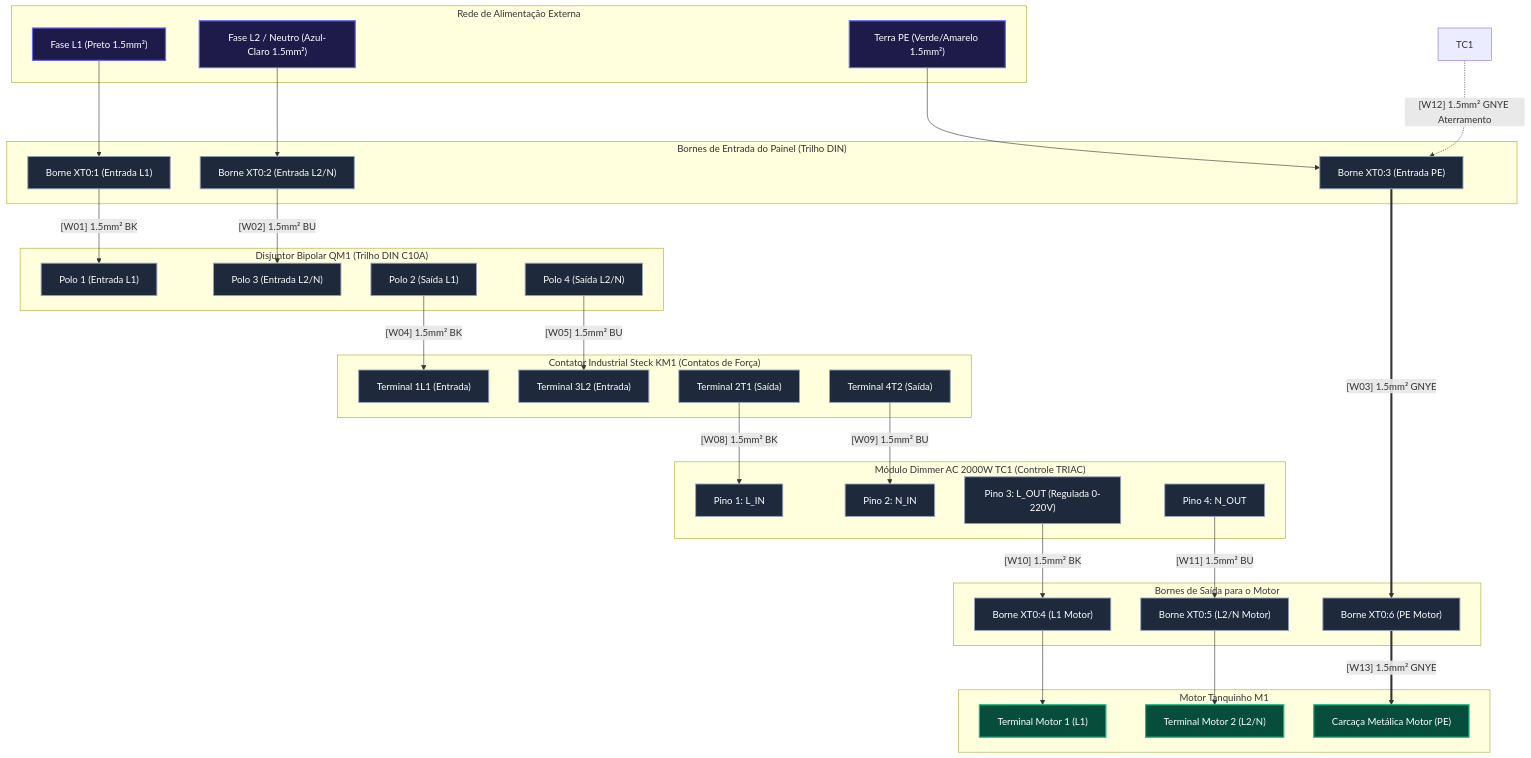
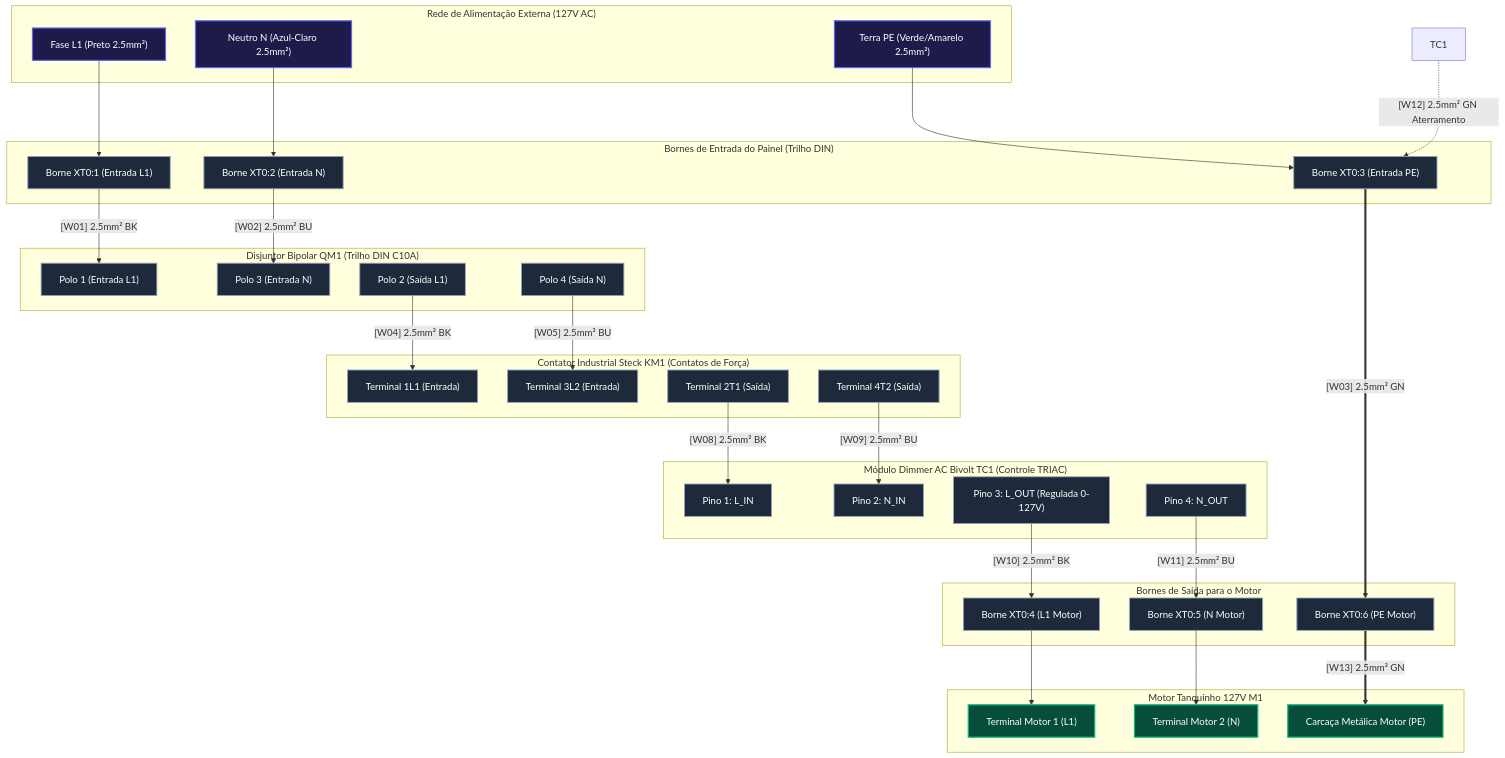
The third of 5 diagrams in docs/iot/DIAGRAMAS_ELETRICOS_UNIFILAR_MULTIFILAR.md (Andre-Macedo/amemiya), drawn with Mermaid before and after one commit. The commit also changed other lines of this file and 48 other files, not shown here.

Commit message:
docs(tcc): add ADRs 004-008, offline HTML renderer, V2 schematic alignment, and remove SCT-013/INMP441

````diff
--- a/docs/iot/DIAGRAMAS_ELETRICOS_UNIFILAR_MULTIFILAR.md
+++ b/docs/iot/DIAGRAMAS_ELETRICOS_UNIFILAR_MULTIFILAR.md
@@ -82,68 +81,68 @@
 ```mermaid
 flowchart TD
     classDef ac fill:#1e1b4b,stroke:#6366f1,stroke-width:2px,color:#fff;
     classDef sw fill:#1e293b,stroke:#94a3b8,stroke-width:1.5px,color:#fff;
     classDef motor fill:#064e3b,stroke:#10b981,stroke-width:2px,color:#fff;
 
-    subgraph REDE_220V["Rede de Alimentação Externa"]
-        L_IN["Fase L1 (Preto 1.5mm²)"]:::ac
-        N_IN["Fase L2 / Neutro (Azul-Claro 1.5mm²)"]:::ac
-        PE_IN["Terra PE (Verde/Amarelo 1.5mm²)"]:::ac
+    subgraph REDE_127V["Rede de Alimentação Externa (127V AC)"]
+        L_IN["Fase L1 (Preto 2.5mm²)"]:::ac
+        N_IN["Neutro N (Azul-Claro 2.5mm²)"]:::ac
+        PE_IN["Terra PE (Verde/Amarelo 2.5mm²)"]:::ac
     end
 
     subgraph BORNES_ENTRADA["Bornes de Entrada do Painel (Trilho DIN)"]
         XT0_1["Borne XT0:1 (Entrada L1)"]:::sw
-        XT0_2["Borne XT0:2 (Entrada L2/N)"]:::sw
+        XT0_2["Borne XT0:2 (Entrada N)"]:::sw
         XT0_3["Borne XT0:3 (Entrada PE)"]:::sw
     end
 
     subgraph DISJUNTOR_QM1["Disjuntor Bipolar QM1 (Trilho DIN C10A)"]
         QM1_1["Polo 1 (Entrada L1)"]:::sw
-        QM1_3["Polo 3 (Entrada L2/N)"]:::sw
+        QM1_3["Polo 3 (Entrada N)"]:::sw
         QM1_2["Polo 2 (Saída L1)"]:::sw
-        QM1_4["Polo 4 (Saída L2/N)"]:::sw
+        QM1_4["Polo 4 (Saída N)"]:::sw
     end
 
     subgraph CONTATOR_KM1["Contator Industrial Steck KM1 (Contatos de Força)"]
         KM1_L1["Terminal 1L1 (Entrada)"]:::sw
         KM1_L2["Terminal 3L2 (Entrada)"]:::sw
         KM1_T1["Terminal 2T1 (Saída)"]:::sw
         KM1_T2["Terminal 4T2 (Saída)"]:::sw
     end
 
-    subgraph MODULO_DIMMER["Módulo Dimmer AC 2000W TC1 (Controle TRIAC)"]
+    subgraph MODULO_DIMMER["Módulo Dimmer AC Bivolt TC1 (Controle TRIAC)"]
         TC1_1["Pino 1: L_IN"]:::sw
         TC1_2["Pino 2: N_IN"]:::sw
-        TC1_3["Pino 3: L_OUT (Regulada 0-220V)"]:::sw
+        TC1_3["Pino 3: L_OUT (Regulada 0-127V)"]:::sw
         TC1_4["Pino 4: N_OUT"]:::sw
     end
 
     subgraph BORNES_MOTOR["Bornes de Saída para o Motor"]
         XT0_4["Borne XT0:4 (L1 Motor)"]:::sw
-        XT0_5["Borne XT0:5 (L2/N Motor)"]:::sw
+        XT0_5["Borne XT0:5 (N Motor)"]:::sw
         XT0_6["Borne XT0:6 (PE Motor)"]:::sw
     end
 
-    subgraph CARGA_MOTOR["Motor Tanquinho M1"]
+    subgraph CARGA_MOTOR["Motor Tanquinho 127V M1"]
         M1_TERM1["Terminal Motor 1 (L1)"]:::motor
-        M1_TERM2["Terminal Motor 2 (L2/N)"]:::motor
+        M1_TERM2["Terminal Motor 2 (N)"]:::motor
         M1_CARC["Carcaça Metálica Motor (PE)"]:::motor
     end
 
     %% Ligações de Força com tags [W01-W13]
-    L_IN --> XT0_1 -->|"[W01] 1.5mm² BK"| QM1_1
-    N_IN --> XT0_2 -->|"[W02] 1.5mm² BU"| QM1_3
+    L_IN --> XT0_1 -->|"[W01] 2.5mm² BK"| QM1_1
+    N_IN --> XT0_2 -->|"[W02] 2.5mm² BU"| QM1_3
     PE_IN --> XT0_3
 
-    QM1_2 -->|"[W04] 1.5mm² BK"| KM1_L1
-    QM1_4 -->|"[W05] 1.5mm² BU"| KM1_L2
+    QM1_2 -->|"[W04] 2.5mm² BK"| KM1_L1
+    QM1_4 -->|"[W05] 2.5mm² BU"| KM1_L2
 
-    KM1_T1 -->|"[W08] 1.5mm² BK"| TC1_1
-    KM1_T2 -->|"[W09] 1.5mm² BU"| TC1_2
+    KM1_T1 -->|"[W08] 2.5mm² BK"| TC1_1
+    KM1_T2 -->|"[W09] 2.5mm² BU"| TC1_2
 
-    TC1_3 -->|"[W10] 1.5mm² BK"| XT0_4 --> M1_TERM1
-    TC1_4 -->|"[W11] 1.5mm² BU"| XT0_5 --> M1_TERM2
+    TC1_3 -->|"[W10] 2.5mm² BK"| XT0_4 --> M1_TERM1
+    TC1_4 -->|"[W11] 2.5mm² BU"| XT0_5 --> M1_TERM2
 
-    XT0_3 ==>|"[W03] 1.5mm² GNYE"| XT0_6 ==>|"[W13] 1.5mm² GNYE"| M1_CARC
-    TC1 -.->|"[W12] 1.5mm² GNYE Aterramento"| XT0_3
+    XT0_3 ==>|"[W03] 2.5mm² GN"| XT0_6 ==>|"[W13] 2.5mm² GN"| M1_CARC
+    TC1 -.->|"[W12] 2.5mm² GN Aterramento"| XT0_3
 ```
````
